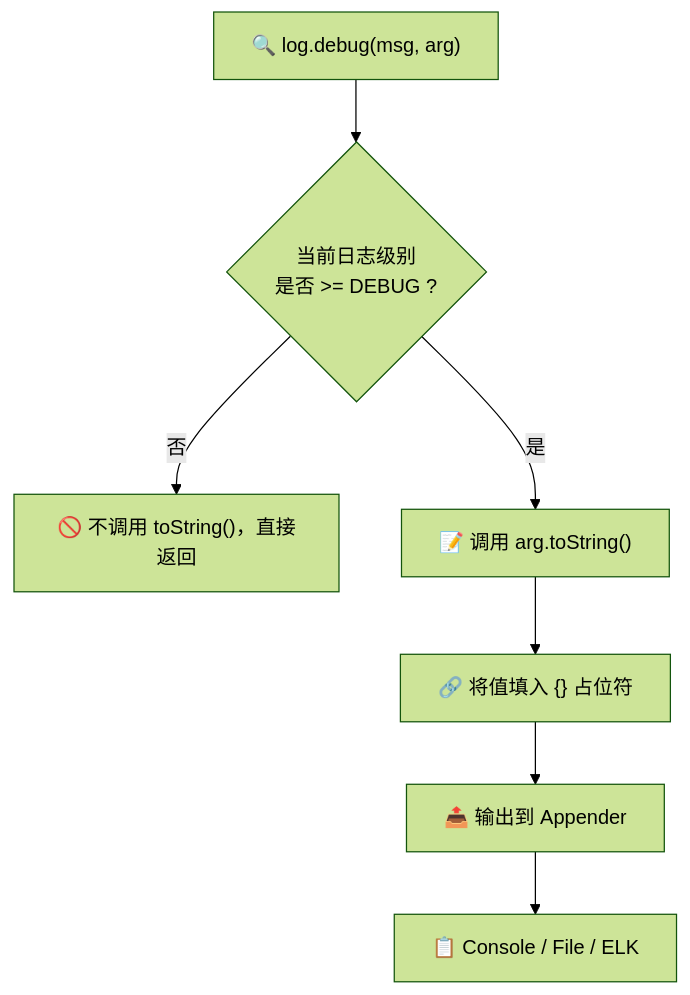
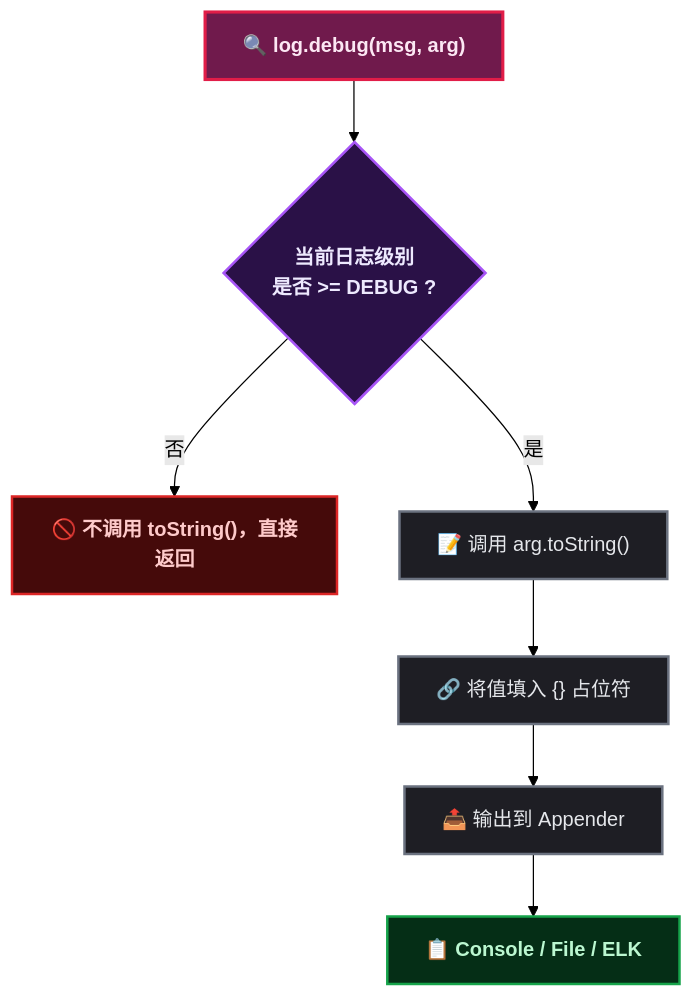
One commit to yaocat55/yaocat55.github.io changed the second of 6 diagrams in content/posts/monitoring/StructuredLoggingGuide.md. Above: the diagram before and after it, drawn with Mermaid (forest theme). The commit also changed other lines of this file and 155 other files, not shown here.

````diff
--- a/content/posts/monitoring/StructuredLoggingGuide.md
+++ b/content/posts/monitoring/StructuredLoggingGuide.md
@@ -493,15 +497,21 @@
 ```mermaid
 flowchart TD
     A["🔍 log.debug(msg, arg)"] --> B{"当前日志级别\n是否 >= DEBUG ?"}
     B -->|"否"| C["🚫 不调用 toString()，直接返回"]
     B -->|"是"| D["📝 调用 arg.toString()"]
     D --> E["🔗 将值填入 {} 占位符"]
     E --> F["📤 输出到 Appender"]
     F --> G["📋 Console / File / ELK"]
 
     class A startEnd
     class B condition
     class C reject
     class D,E,F process
     class G data
+
+classDef condition fill:#2a1147,stroke:#a855f7,stroke-width:2px,color:#ede9fe,font-weight:bold;
+classDef data fill:#052e16,stroke:#16a34a,stroke-width:2px,color:#bbf7d0,font-weight:bold;
+classDef process fill:#1e1e24,stroke:#6b7280,stroke-width:2px,color:#e5e7eb;
+classDef reject fill:#450a0a,stroke:#dc2626,stroke-width:2px,color:#fecaca,font-weight:bold;
+classDef startEnd fill:#701a4c,stroke:#e11d48,stroke-width:2.5px,color:#fce7f3,font-weight:bold;
 ```
````
